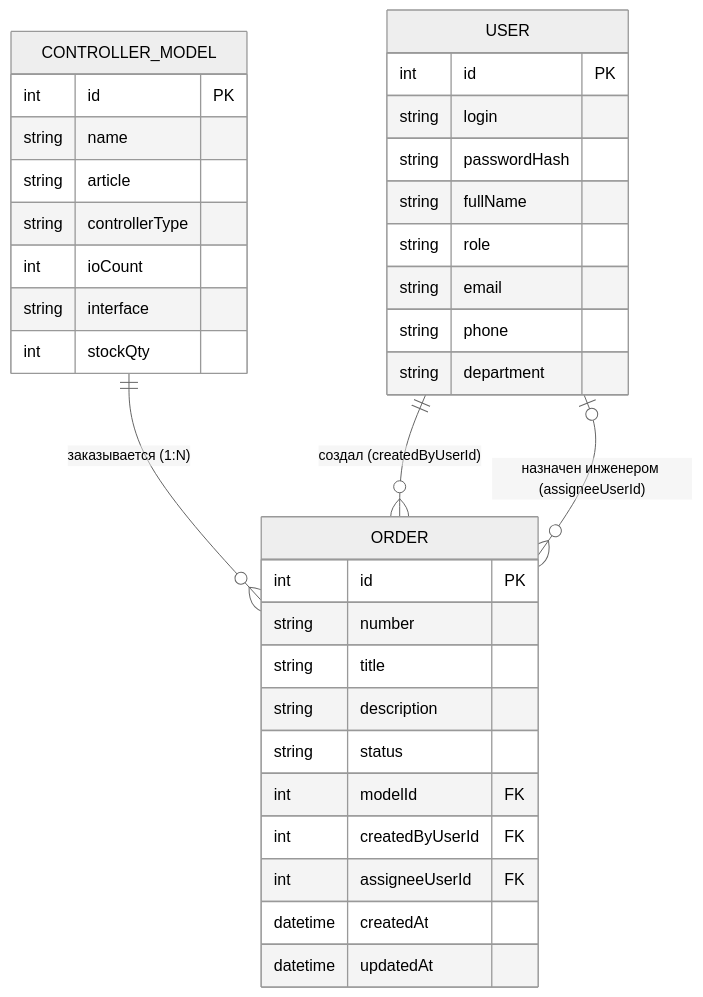
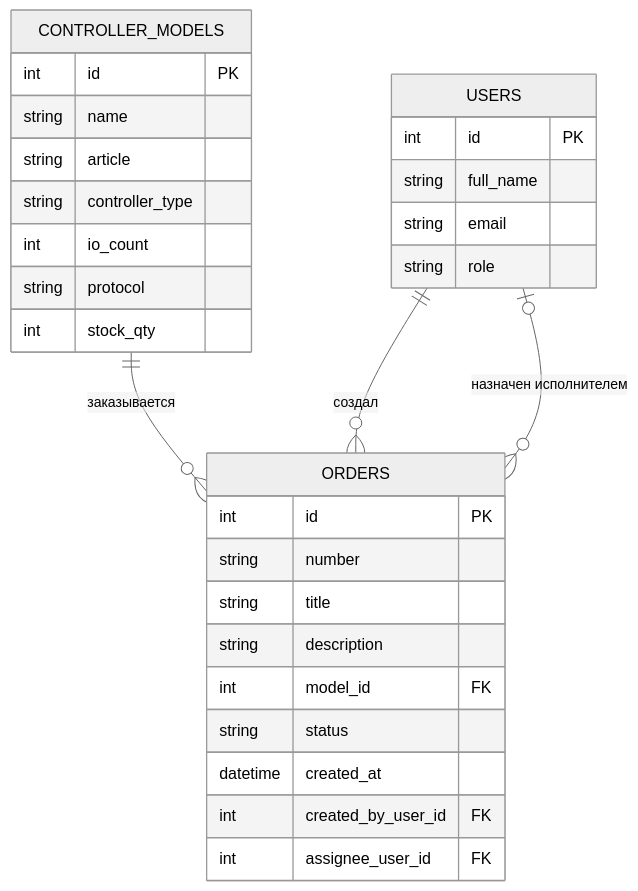
One commit to aisilyabdullina/RIS_WEB changed the diagram in docs/data-model.md. Above: the diagram before and after it, drawn with Mermaid (neutral theme). The commit also changed other lines of this file and 43 other files, not shown here.

````diff
--- a/docs/data-model.md
+++ b/docs/data-model.md
@@ -67,38 +64,33 @@
 ```mermaid
 erDiagram
-    CONTROLLER_MODEL ||--o{ ORDER : "заказывается (1:N)"
-    USER ||--o{ ORDER : "создал (createdByUserId)"
-    USER |o--o{ ORDER : "назначен инженером (assigneeUserId)"
+    CONTROLLER_MODELS ||--o{ ORDERS : "заказывается"
+    USERS ||--o{ ORDERS : "создал"
+    USERS |o--o{ ORDERS : "назначен исполнителем"
 
-    CONTROLLER_MODEL {
+    CONTROLLER_MODELS {
         int id PK
         string name
         string article
-        string controllerType
-        int ioCount
-        string interface
-        int stockQty
+        string controller_type
+        int io_count
+        string protocol
+        int stock_qty
     }
-    USER {
+    USERS {
         int id PK
-        string login
-        string passwordHash
-        string fullName
+        string full_name
+        string email
         string role
-        string email
-        string phone
-        string department
     }
-    ORDER {
+    ORDERS {
         int id PK
         string number
         string title
         string description
+        int model_id FK
         string status
-        int modelId FK
-        int createdByUserId FK
-        int assigneeUserId FK
-        datetime createdAt
-        datetime updatedAt
+        datetime created_at
+        int created_by_user_id FK
+        int assignee_user_id FK
     }
 ```
````
